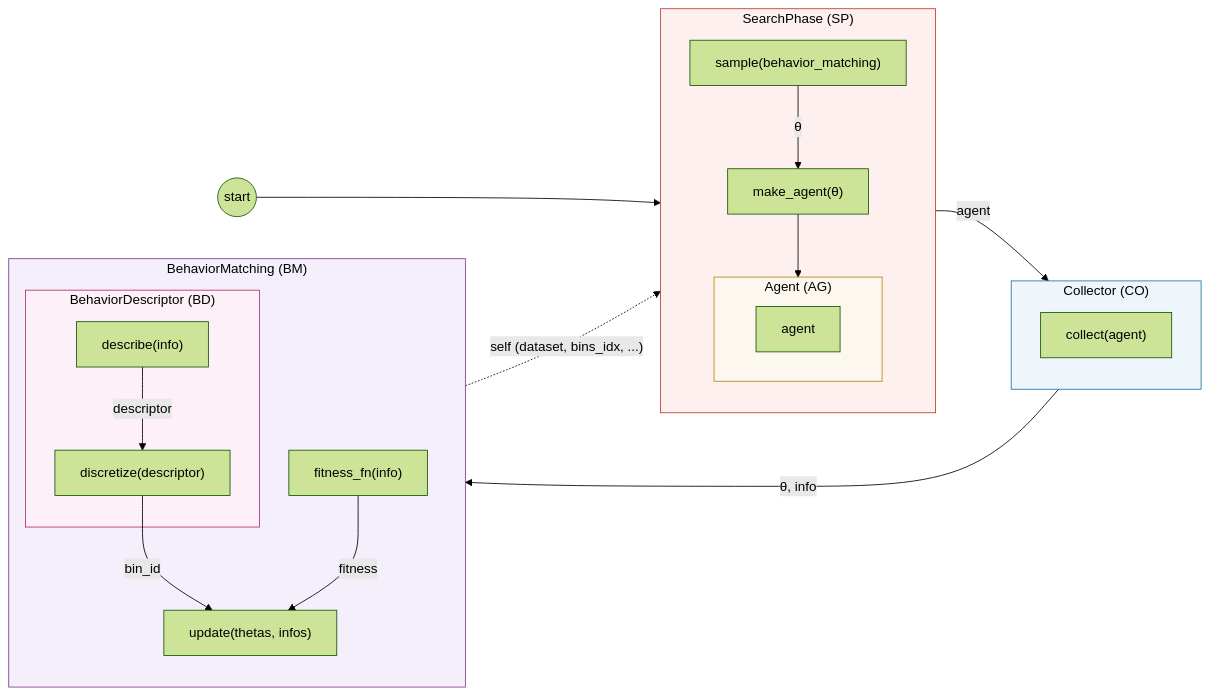
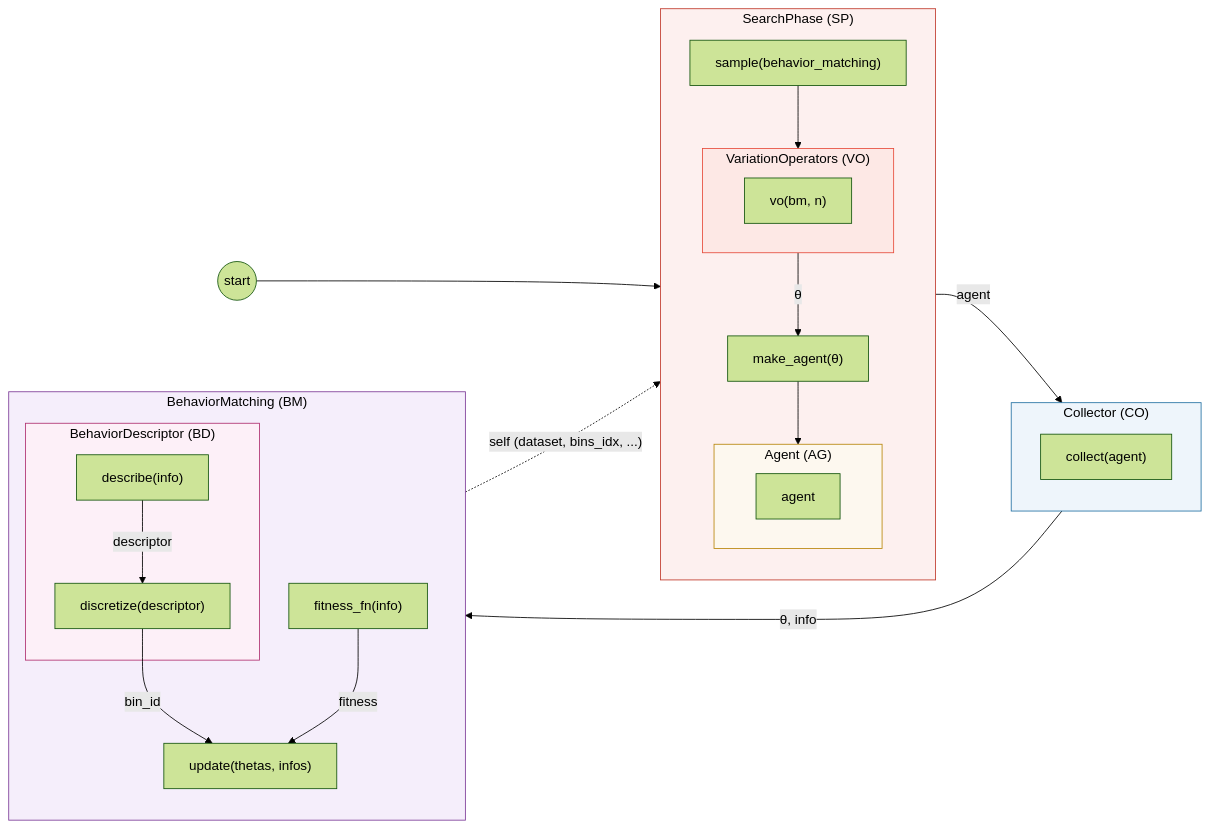
One commit to yugoguy/org changed the first of 3 diagrams in README.md. Above: the diagram before and after it, drawn with Mermaid (forest theme). The commit also changed other lines of this file, not shown here.

````diff
--- a/README.md
+++ b/README.md
@@ -19,40 +19,45 @@
 ```mermaid
 flowchart LR
     START(("start"))
 
     subgraph SP["SearchPhase (SP)"]
         direction TB
         sample["sample(behavior_matching)"]
-        sample -->|"θ"| make_agent["make_agent(θ)"]
+        subgraph VOs1["VariationOperators (VO)"]
+            vo1["vo(bm, n)"]
+        end
+        sample --> VOs1
+        VOs1 -->|"θ"| make_agent["make_agent(θ)"]
         subgraph AG1["Agent (AG)"]
             agent1["agent"]
         end
         make_agent --> AG1
     end
 
     subgraph CO["Collector (CO)"]
         collect["collect(agent)"]
     end
 
     subgraph BM["BehaviorMatching (BM)"]
         direction TB
         subgraph BD["BehaviorDescriptor (BD)"]
             describe["describe(info)"]
             describe -->|"descriptor"| discretize["discretize(descriptor)"]
         end
         fitness_fn["fitness_fn(info)"]
         discretize -->|"bin_id"| update["update(thetas, infos)"]
         fitness_fn -->|"fitness"| update
     end
 
     START --> SP
     SP -->|"agent"| CO
     CO -->|"θ, info"| BM
     BM -.->|"self (dataset, bins_idx, ...)"| SP
 
     style SP fill:#fdf0ef,stroke:#c0392b,color:#000
     style CO fill:#eef5fb,stroke:#2471a3,color:#000
     style BM fill:#f5eefb,stroke:#7d3c98,color:#000
     style BD fill:#fdf0f8,stroke:#b03070,color:#000
     style AG1 fill:#fdf8ef,stroke:#b8860b,color:#000
+    style VOs1 fill:#fde8e5,stroke:#e74c3c,color:#000
 ```
````
